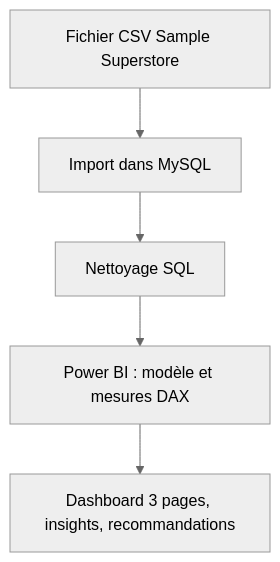
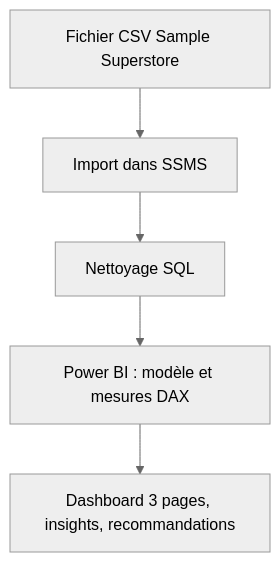
The first of 2 diagrams in README_TEMPLATE.md (Maha-HOSNI-Data/superstore-sql-powerbi-project), drawn with Mermaid (neutral theme) before and after one commit. The commit also changed other lines of this file, not shown here.

Commit message:
Update ingestion step to use SSMS instead of MySQL

````diff
--- a/README_TEMPLATE.md
+++ b/README_TEMPLATE.md
@@ -82,7 +82,7 @@
 ```mermaid
 flowchart TD
-    A[Fichier CSV Sample Superstore] --> B[Import dans MySQL]
+    A[Fichier CSV Sample Superstore] --> B[Import dans SSMS]
     B --> C[Nettoyage SQL]
     C --> D[Power BI : modèle et mesures DAX]
     D --> E[Dashboard 3 pages, insights, recommandations]
 ```
````
